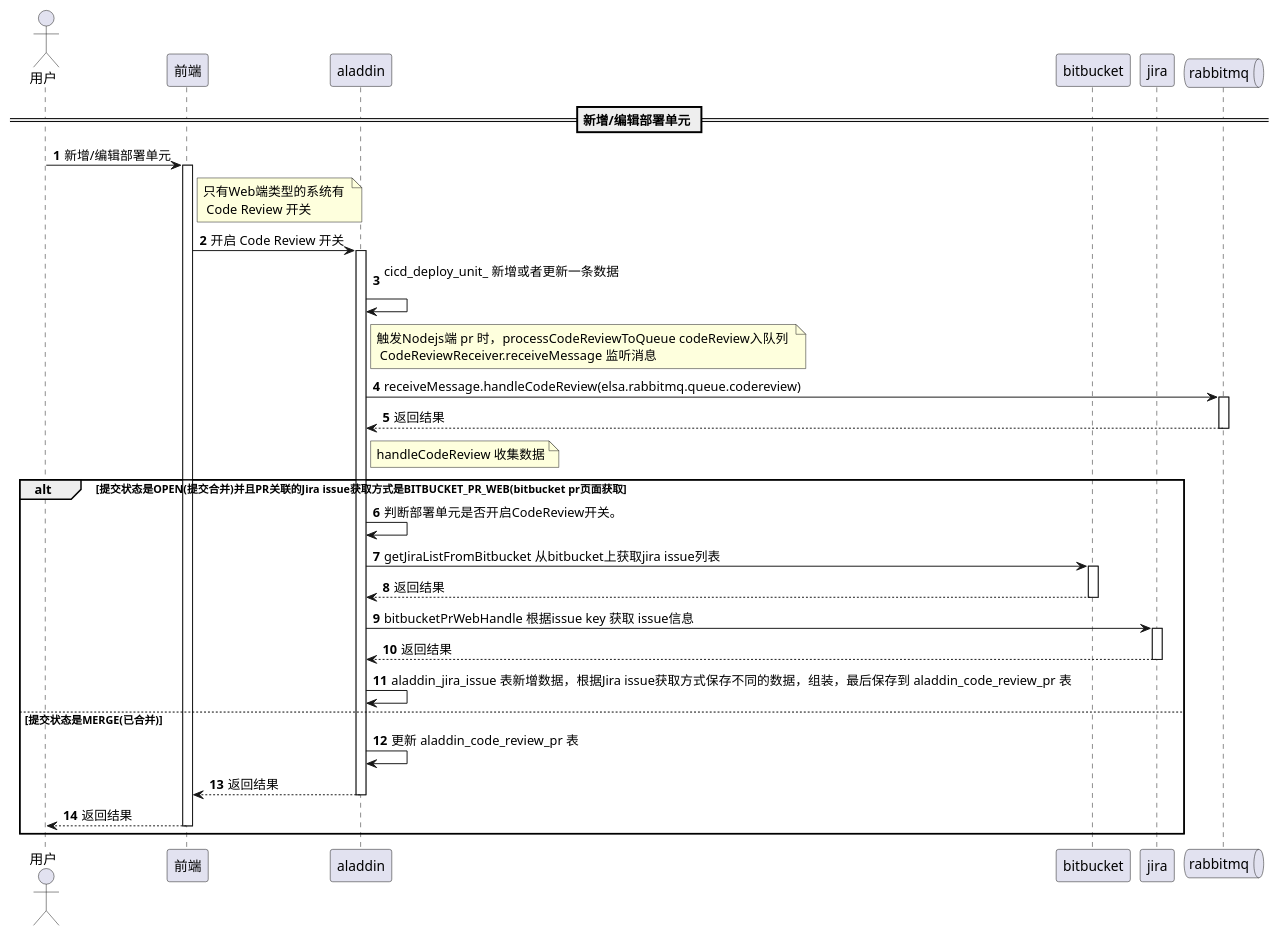
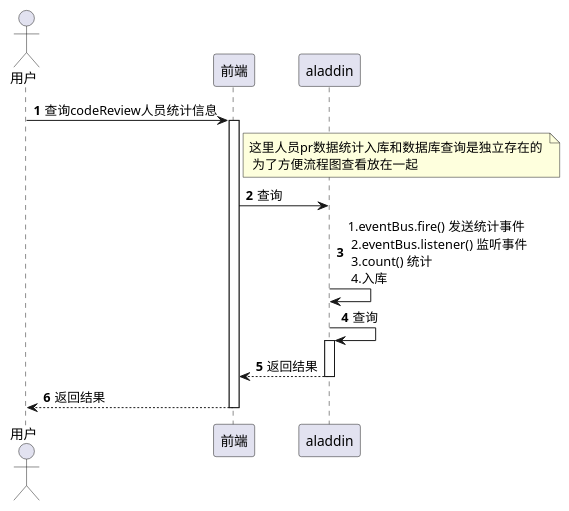
The diagram in src/main/java/com/zhm/plantuml/pr.puml (zhm-sky/zhmProject), drawn with PlantUML before and after one commit.

```diff
--- a/src/main/java/com/zhm/plantuml/pr.puml
+++ b/src/main/java/com/zhm/plantuml/pr.puml
@@ -1,68 +1,33 @@
 @startuml
 
 autonumber
 
 actor "用户" as user
 
 participant "前端" as aladdinFront
 
 participant "aladdin" as aladdinServer
 
-participant "bitbucket" as bitbucket
 
-participant "jira" as jira
 
- queue rabbitmq
-
-== 新增/编辑部署单元 ==
-
-user -> aladdinFront: 新增/编辑部署单元
+user -> aladdinFront: 查询codeReview人员统计信息
 activate aladdinFront
 
-note right of aladdinFront: 只有Web端类型的系统有 \n Code Review 开关
+note right of aladdinFront: 这里人员pr数据统计入库和数据库查询是独立存在的 \n 为了方便流程图查看放在一起
 
-aladdinFront -> aladdinServer: 开启 Code Review 开关
+aladdinFront -> aladdinServer: 查询
+
+aladdinServer -> aladdinServer: 1.eventBus.fire() 发送统计事件 \n 2.eventBus.listener() 监听事件  \n 3.count() 统计 \n 4.入库
+
+aladdinServer -> aladdinServer: 查询
 activate aladdinServer
 
-aladdinServer -> aladdinServer: cicd_deploy_unit_ 新增或者更新一条数据 \n
-
-note right of aladdinServer:  触发Nodejs端 pr 时，processCodeReviewToQueue codeReview入队列 \n CodeReviewReceiver.receiveMessage 监听消息
-aladdinServer -> rabbitmq: receiveMessage.handleCodeReview(elsa.rabbitmq.queue.codereview)
-activate rabbitmq
-
-rabbitmq --> aladdinServer: 返回结果
-deactivate rabbitmq
-
-note right of aladdinServer: handleCodeReview 收集数据
-
-alt 提交状态是OPEN(提交合并)并且PR关联的Jira issue获取方式是BITBUCKET_PR_WEB(bitbucket pr页面获取
-
-aladdinServer -> aladdinServer: 判断部署单元是否开启CodeReview开关。
-
-aladdinServer -> bitbucket: getJiraListFromBitbucket 从bitbucket上获取jira issue列表
-activate bitbucket
-
-bitbucket --> aladdinServer: 返回结果
-deactivate bitbucket
-
-aladdinServer -> jira: bitbucketPrWebHandle 根据issue key 获取 issue信息
-activate jira
-
-jira --> aladdinServer: 返回结果
-deactivate jira
-
-aladdinServer -> aladdinServer: aladdin_jira_issue 表新增数据，根据Jira issue获取方式保存不同的数据，组装，最后保存到 aladdin_code_review_pr 表
-
-else 提交状态是MERGE(已合并)
-
-aladdinServer -> aladdinServer: 更新 aladdin_code_review_pr 表
 
 aladdinServer --> aladdinFront: 返回结果
 deactivate aladdinServer
 
 aladdinFront --> user: 返回结果
 deactivate aladdinFront
 
-end
 
 @enduml
```
